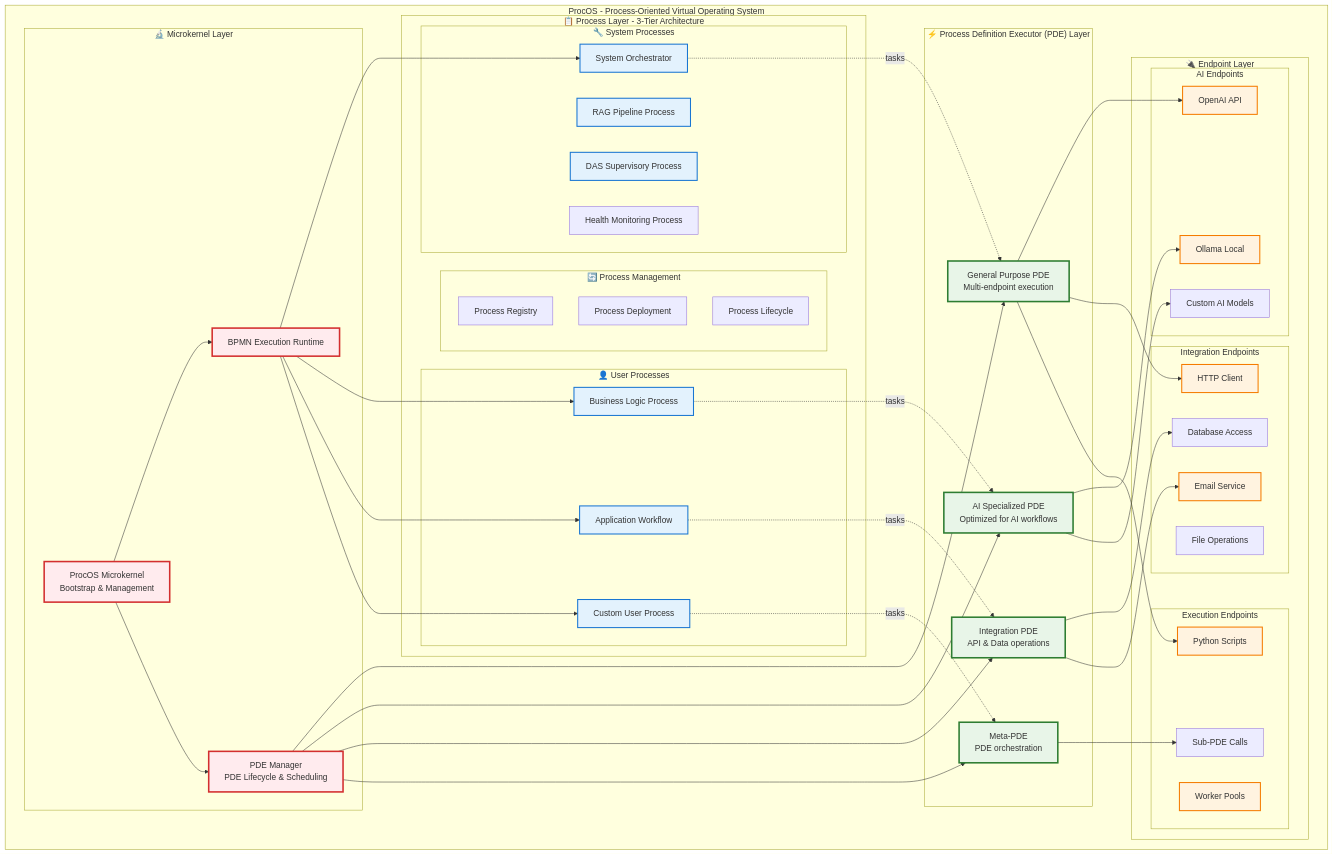
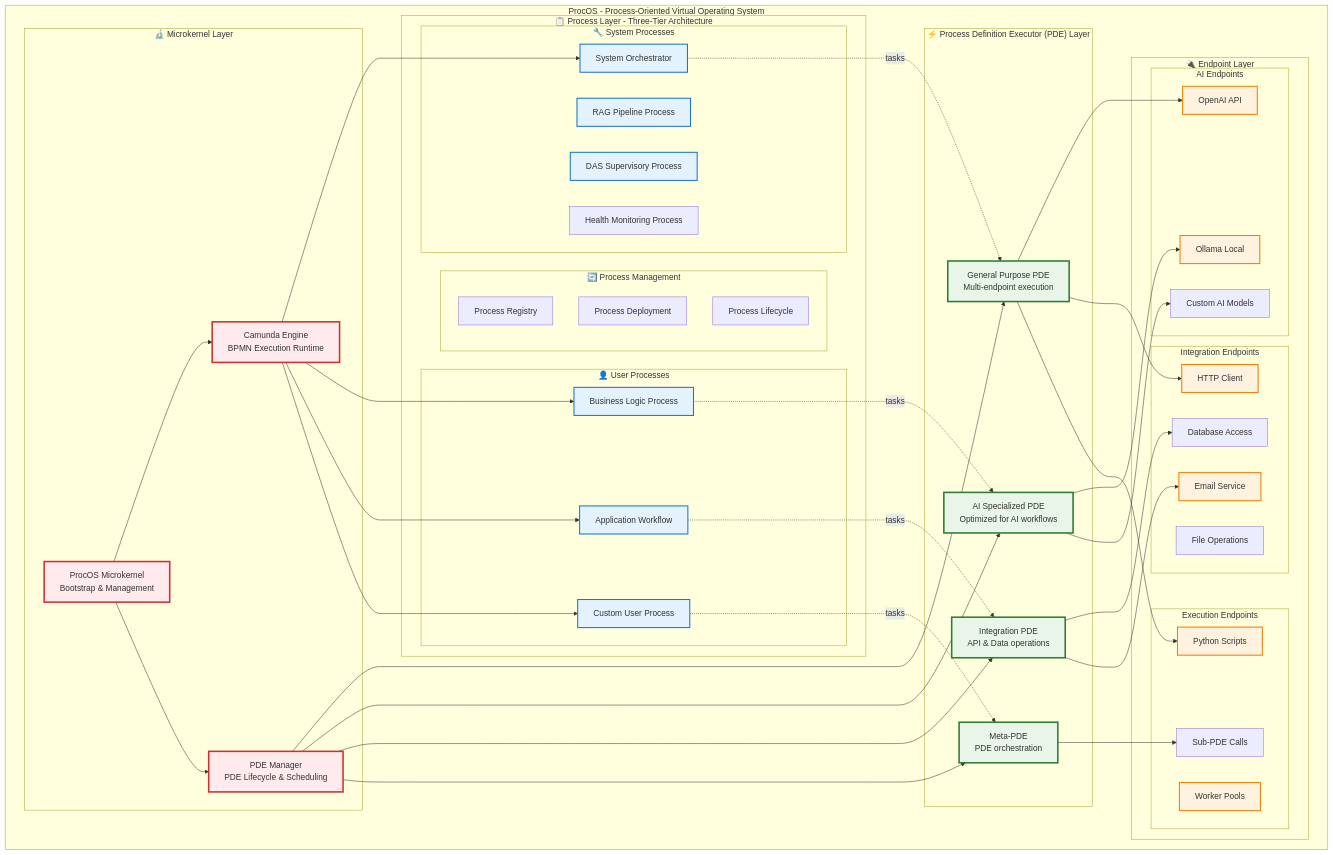
Before and after one commit to laserpointlabs/procos: the first of 11 diagrams in docs/architecture/PDE_Architecture_Specification.md, drawn with Mermaid. The commit also changed other lines of this file and 2 other files, not shown here.

First line of the commit message:
docs: Revise architecture specifications to enhance clarity and detail

```diff
--- a/docs/architecture/PDE_Architecture_Specification.md
+++ b/docs/architecture/PDE_Architecture_Specification.md
@@ -52,7 +52,7 @@
     subgraph "ProcOS - Process-Oriented Virtual Operating System"
         subgraph "🔬 Microkernel Layer"
             MK[ProcOS Microkernel<br/>Bootstrap & Management]
-            MK --> CAM[BPMN Execution Runtime]
+            MK --> CAM[Camunda Engine<br/>BPMN Execution Runtime]
             MK --> PDEM[PDE Manager<br/>PDE Lifecycle & Scheduling]
         end
         
@@ -68,7 +68,7 @@
             PDEM --> MPDE
         end
         
-        subgraph "📋 Process Layer - 3-Tier Architecture"
+        subgraph "📋 Process Layer - Three-Tier Architecture"
             subgraph "🔧 System Processes"
                 SYSPROC[System Orchestrator]
                 RAGPROC[RAG Pipeline Process]
```
